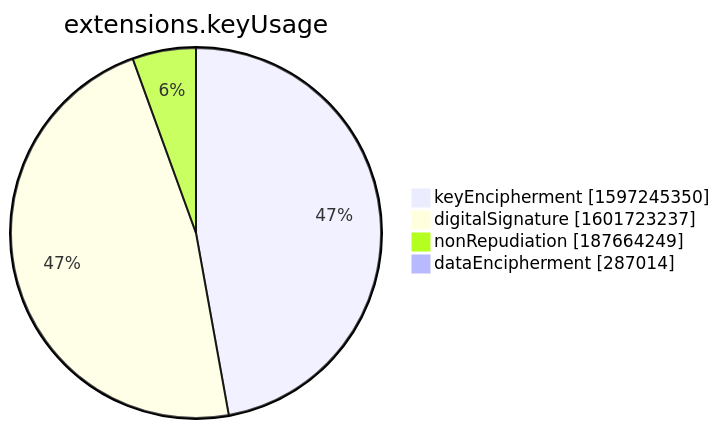
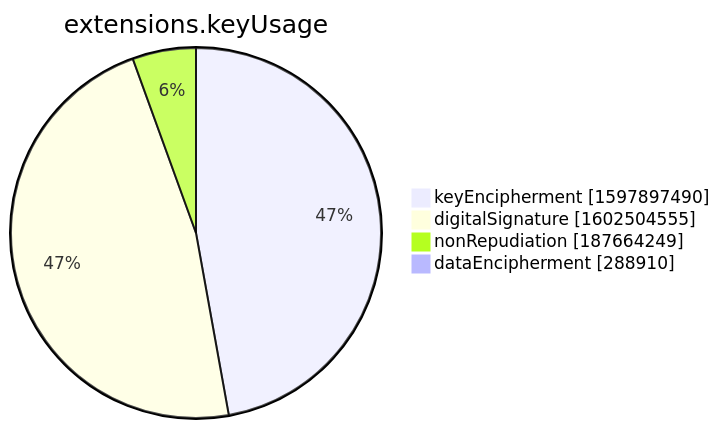
One commit to christiankrug/ctmonitor_visualization changed the seventh of 15 diagrams in xenon2022/README.md. Above: the diagram before and after it, drawn with Mermaid. The commit also changed other lines of this file, not shown here.

````diff
--- a/xenon2022/README.md
+++ b/xenon2022/README.md
@@ -2854,8 +2854,8 @@
 ```mermaid
 pie showData
 title extensions.keyUsage
-"keyEncipherment" :1597245350
-"digitalSignature" :1601723237
+"keyEncipherment" :1597897490
+"digitalSignature" :1602504555
 "nonRepudiation" :187664249
-"dataEncipherment" :287014
+"dataEncipherment" :288910
 ```
````
